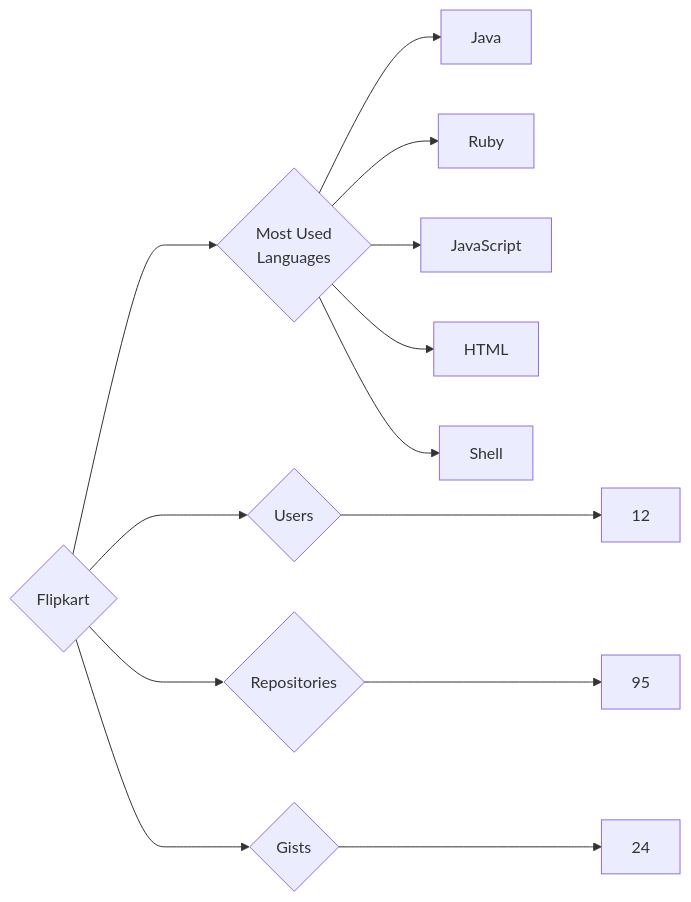
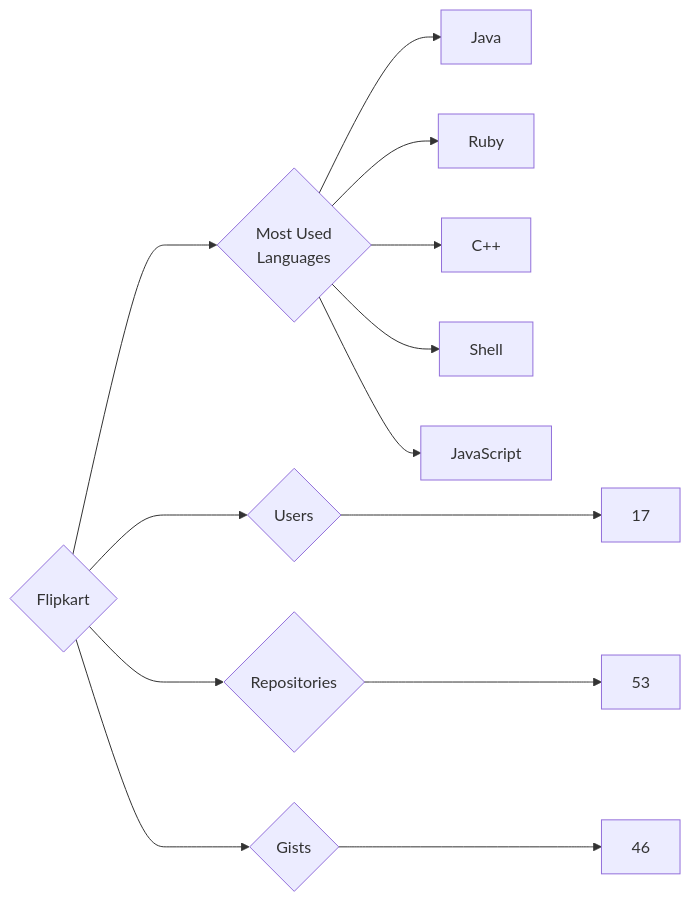
One commit to trickest/insiders changed the diagram in targets/Flipkart/README.md. Above: the diagram before and after it, drawn with Mermaid. The commit also changed 1314 other files, not shown here.

````diff
--- a/targets/Flipkart/README.md
+++ b/targets/Flipkart/README.md
@@ -3,13 +3,13 @@
 ```mermaid
 graph LR
 COMPANY_NAME{Flipkart}
-COMPANY_NAME ---> U{Users} ---> UN[12]
-COMPANY_NAME ---> R{Repositories} ---> RN[95]
-COMPANY_NAME ---> G{Gists} ---> GN[24]
+COMPANY_NAME ---> U{Users} ---> UN[17]
+COMPANY_NAME ---> R{Repositories} ---> RN[53]
+COMPANY_NAME ---> G{Gists} ---> GN[46]
 COMPANY_NAME ---> ML{Most Used<br>Languages}
 ML --> Java[Java]
 ML --> Ruby[Ruby]
+ML --> C++[C++]
+ML --> Shell[Shell]
 ML --> JavaScript[JavaScript]
-ML --> HTML[HTML]
-ML --> Shell[Shell]
 ```
````
